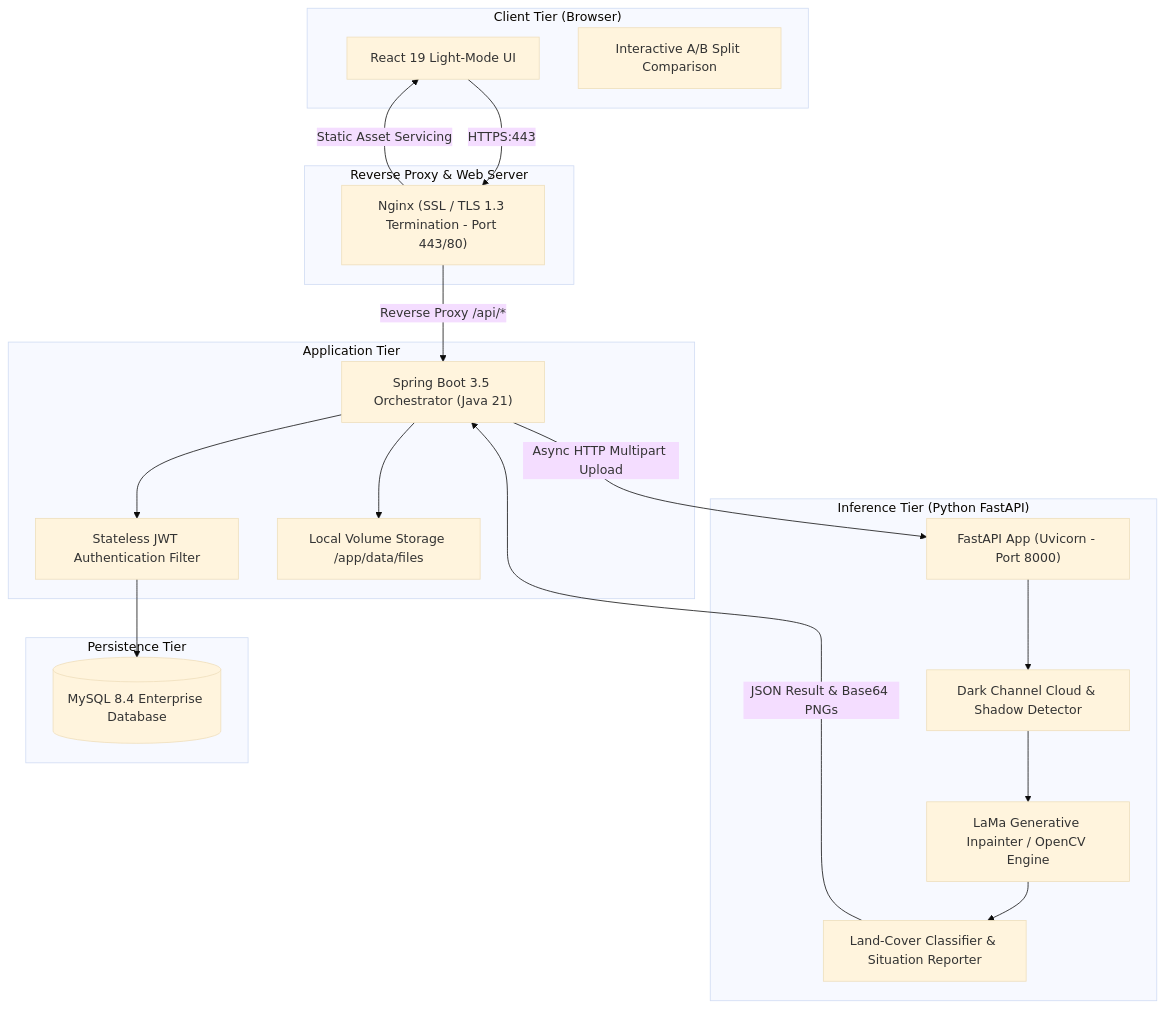
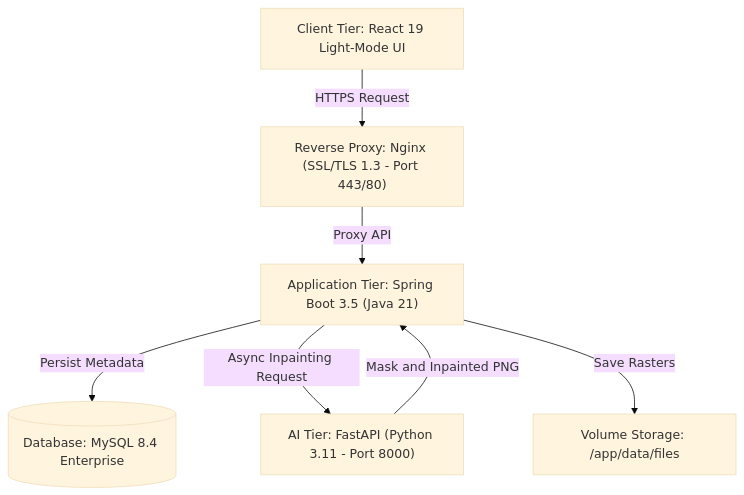
The first of 5 diagrams in README.md (babysuman/cloudreconai), drawn with Mermaid (base theme) before and after one commit. The commit also changed other lines of this file, not shown here.

Commit message:
fix(docs): resolve GitHub Mermaid svg render tree errors and update team member roster

````diff
--- a/README.md
+++ b/README.md
@@ -70,40 +70,16 @@
 ```mermaid
-flowchart TD
-    subgraph Client ["Client Tier (Browser)"]
-        UI["React 19 Light-Mode UI"]
-        Viewer["Interactive A/B Split Comparison"]
-    end
+graph TD
+    Client["Client Tier: React 19 Light-Mode UI"]
+    Gateway["Reverse Proxy: Nginx (SSL/TLS 1.3 - Port 443/80)"]
+    AppTier["Application Tier: Spring Boot 3.5 (Java 21)"]
+    Storage["Volume Storage: /app/data/files"]
+    AIEngine["AI Tier: FastAPI (Python 3.11 - Port 8000)"]
+    DataTier[("Database: MySQL 8.4 Enterprise")]
 
-    subgraph Gateway ["Reverse Proxy & Web Server"]
-        NGINX["Nginx (SSL / TLS 1.3 Termination - Port 443/80)"]
-    end
-
-    subgraph AppTier ["Application Tier"]
-        SB["Spring Boot 3.5 Orchestrator (Java 21)"]
-        JWT["Stateless JWT Authentication Filter"]
-        Storage["Local Volume Storage /app/data/files"]
-    end
-
-    subgraph AIEngine ["Inference Tier (Python FastAPI)"]
-        API["FastAPI App (Uvicorn - Port 8000)"]
-        DCP["Dark Channel Cloud & Shadow Detector"]
-        LAMA["LaMa Generative Inpainter / OpenCV Engine"]
-        LC["Land-Cover Classifier & Situation Reporter"]
-    end
-
-    subgraph DataTier ["Persistence Tier"]
-        DB[("MySQL 8.4 Enterprise Database")]
-    end
-
-    UI -->|HTTPS:443| NGINX
-    NGINX -->|Reverse Proxy /api/*| SB
-    NGINX -->|Static Asset Servicing| UI
-    SB --> JWT
-    JWT --> DB
-    SB -->|Async HTTP Multipart Upload| API
-    API --> DCP
-    DCP --> LAMA
-    LAMA --> LC
-    LC -->|JSON Result & Base64 PNGs| SB
-    SB --> Storage
+    Client -->|HTTPS Request| Gateway
+    Gateway -->|Proxy API| AppTier
+    AppTier -->|Persist Metadata| DataTier
+    AppTier -->|Async Inpainting Request| AIEngine
+    AIEngine -->|Mask and Inpainted PNG| AppTier
+    AppTier -->|Save Rasters| Storage
 ```
````
